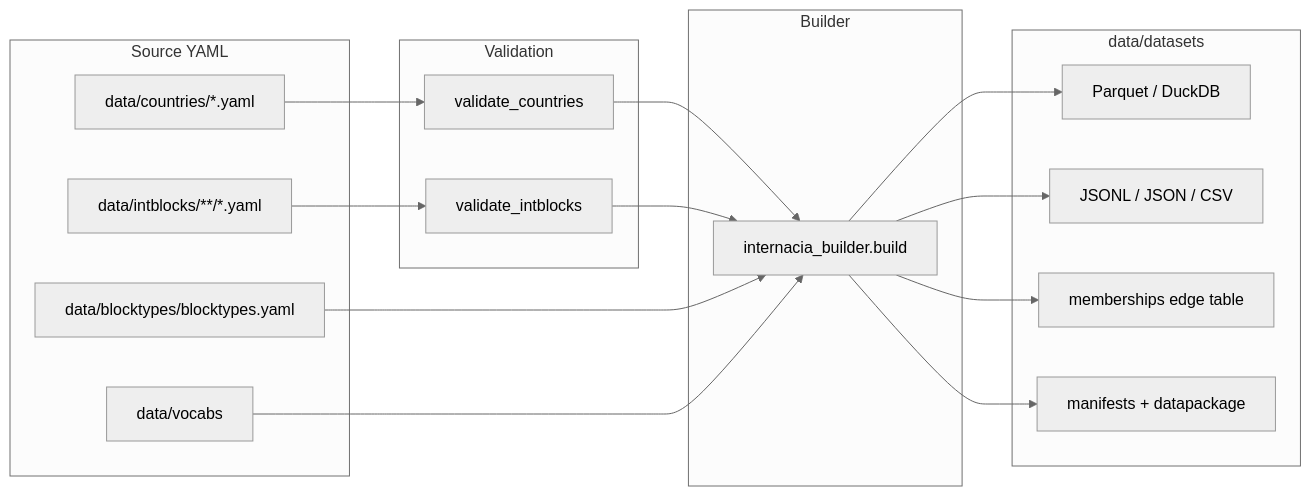
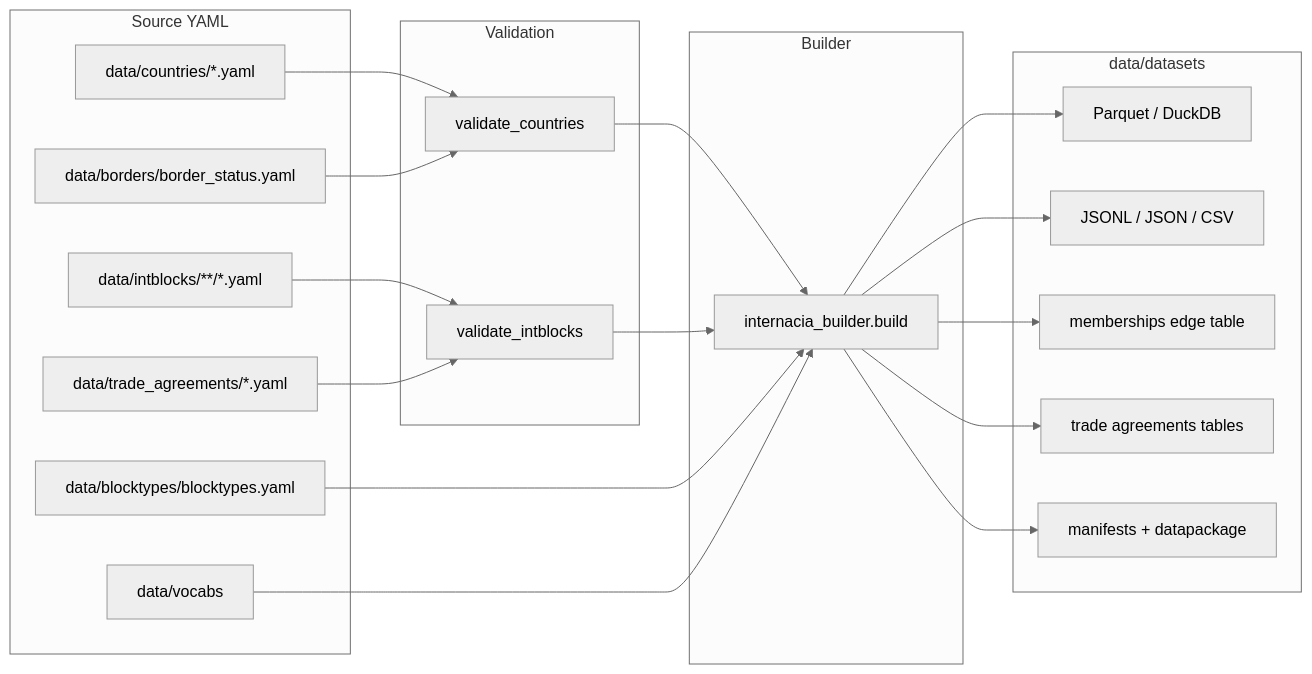
Before and after one commit to datenoio/internacia-db: the diagram in docs/architecture.md, drawn with Mermaid (neutral theme). The commit also changed other lines of this file and 37 other files, not shown here.

````diff
--- a/docs/architecture.md
+++ b/docs/architecture.md
@@ -9,34 +9,40 @@
 ```mermaid
 flowchart LR
   subgraph sources [Source YAML]
     C["data/countries/*.yaml"]
     I["data/intblocks/**/*.yaml"]
     B[data/blocktypes/blocktypes.yaml]
+    T["data/trade_agreements/*.yaml"]
+    BS[data/borders/border_status.yaml]
     V[data/vocabs]
   end
 
   subgraph validate [Validation]
     VC[validate_countries]
     VI[validate_intblocks]
   end
 
   subgraph build [Builder]
     BL[internacia_builder.build]
   end
 
   subgraph exports [data/datasets]
     PQ[Parquet / DuckDB]
     JL[JSONL / JSON / CSV]
     MEM[memberships edge table]
+    TA[trade agreements tables]
     META[manifests + datapackage]
   end
 
   C --> VC --> BL
   I --> VI --> BL
   B --> BL
+  T --> VI
+  BS --> VC
   V --> BL
   BL --> PQ
   BL --> JL
   BL --> MEM
+  BL --> TA
   BL --> META
 ```
````
